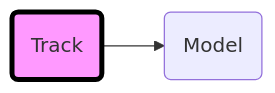
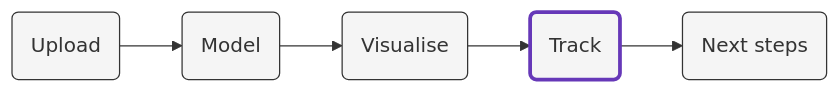
One commit to snowplow/mobile-hybrid-apps-accelerator changed the diagram in content/tracking/_index.md. Above: the diagram before and after it, drawn with Mermaid. The commit also changed other lines of this file and 22 other files, not shown here.

```diff
--- a/content/tracking/_index.md
+++ b/content/tracking/_index.md
@@ -11,5 +11,9 @@
 {{<mermaid>}}
 flowchart LR
-    id1(Track)-->id2(Model)
-    style id1 fill:#f9f,stroke:#000,stroke-width:4px
+    id1(Upload)-->id2(Model)-->id3(Visualise)-->id4(Track)-->id5(Next steps)
+    style id4 fill:#f5f5f5,stroke:#6638B8,stroke-width:3px
+    style id1 fill:#f5f5f5,stroke:#333,stroke-width:1px
+    style id3 fill:#f5f5f5,stroke:#333,stroke-width:1px
+    style id5 fill:#f5f5f5,stroke:#333,stroke-width:1px
+    style id2 fill:#f5f5f5,stroke:#333,stroke-width:1px
 {{</mermaid >}}
```
